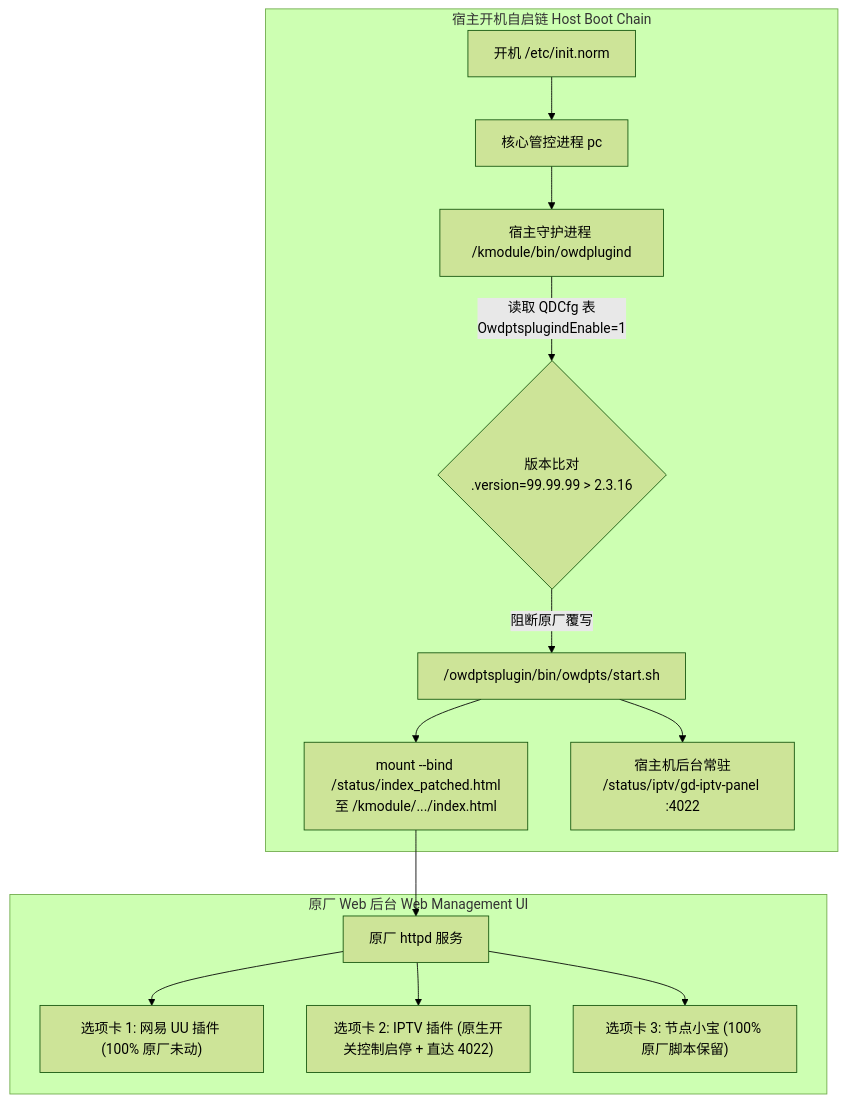
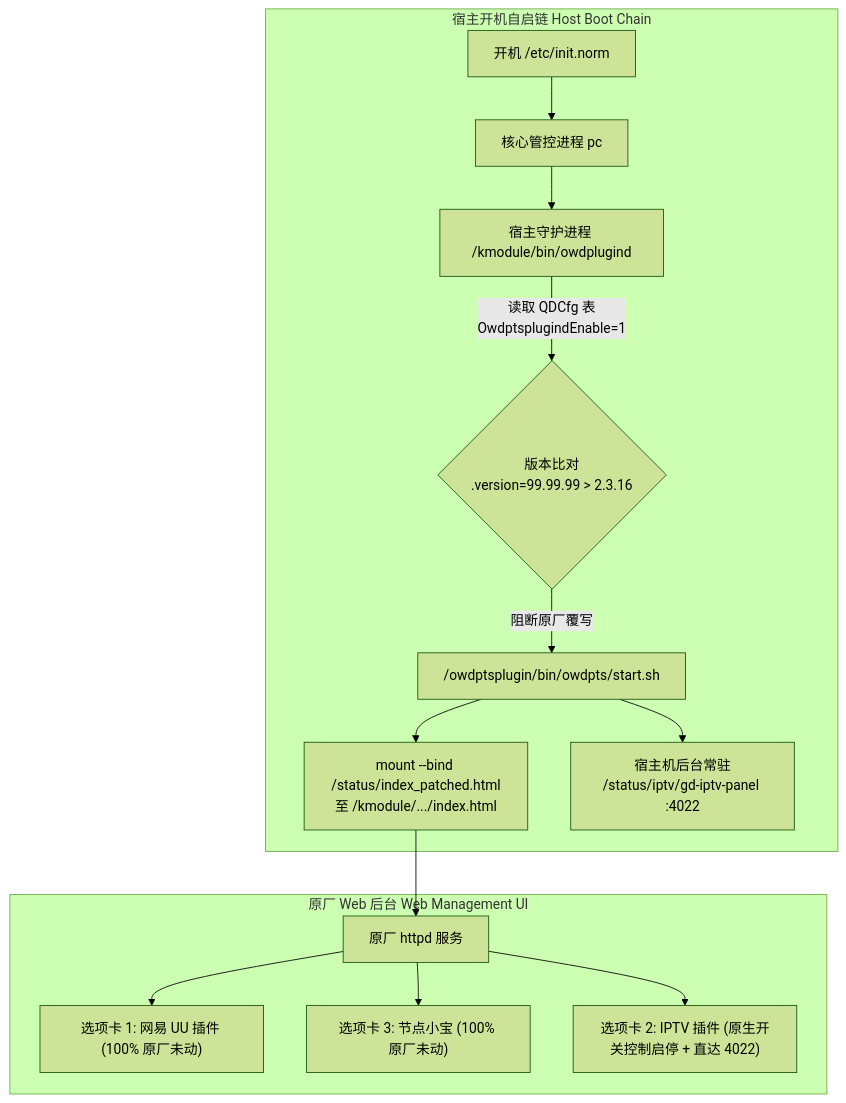
Before and after one commit to yfzoyz/gd-iptv: the diagram in README.md, drawn with Mermaid (forest theme).

````diff
--- a/README.md
+++ b/README.md
@@ -55,18 +55,18 @@
 ```mermaid
 flowchart TD
     subgraph 宿主开机自启链 Host Boot Chain
         INIT["开机 /etc/init.norm"] --> PC["核心管控进程 pc"]
         PC --> OWD["宿主守护进程 /kmodule/bin/owdplugind"]
         OWD -->|"读取 QDCfg 表<br/>OwdptsplugindEnable=1"| VER{"版本比对<br/>.version=99.99.99 > 2.3.16"}
         VER -->|"阻断原厂覆写"| START["/owdptsplugin/bin/owdpts/start.sh"]
         START --> MNT["mount --bind /status/index_patched.html<br/>至 /kmodule/.../index.html"]
         START --> IPTV["宿主机后台常驻<br/>/status/iptv/gd-iptv-panel :4022"]
     end
 
     subgraph 原厂 Web 后台 Web Management UI
         MNT --> HTTPD["原厂 httpd 服务"]
         HTTPD --> PANE1["选项卡 1: 网易 UU 插件 (100% 原厂未动)"]
+        HTTPD --> PANE3["选项卡 3: 节点小宝 (100% 原厂未动)"]
         HTTPD --> PANE2["选项卡 2: IPTV 插件 (原生开关控制启停 + 直达 4022)"]
-        HTTPD --> PANE3["选项卡 3: 节点小宝 (100% 原厂脚本保留)"]
     end
 ```
````
